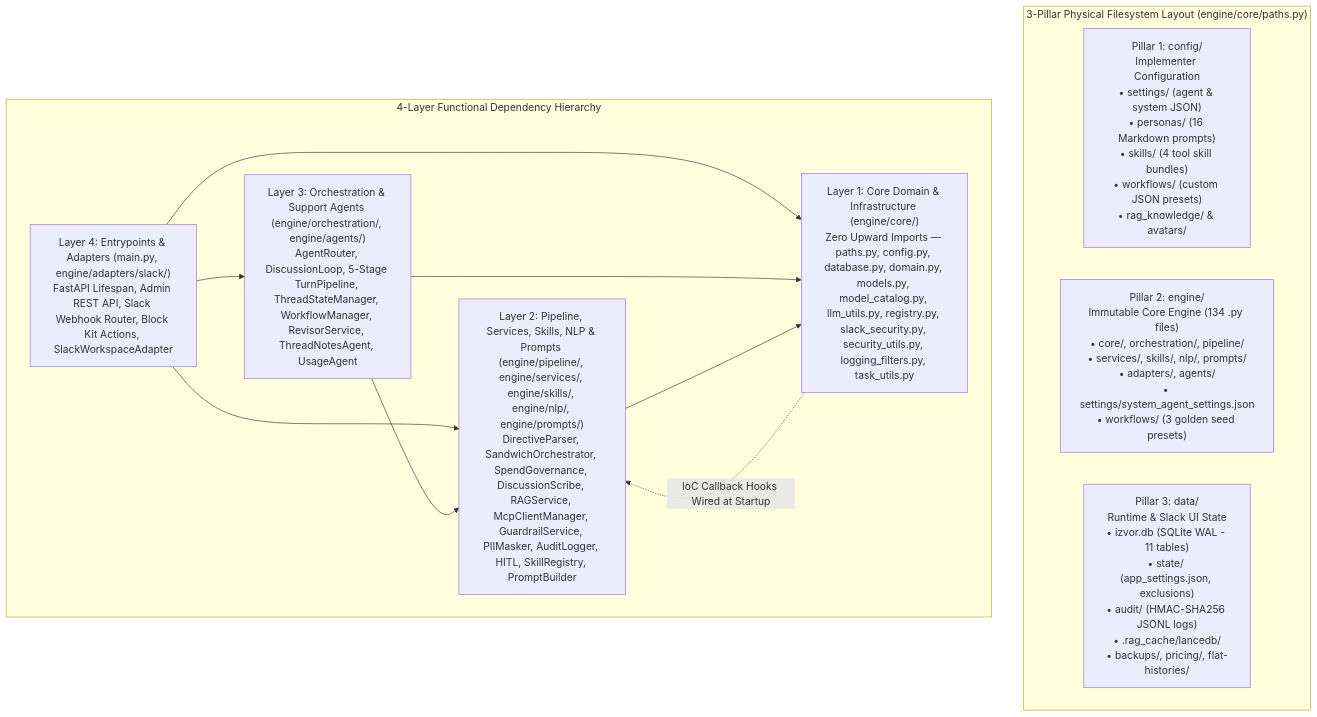
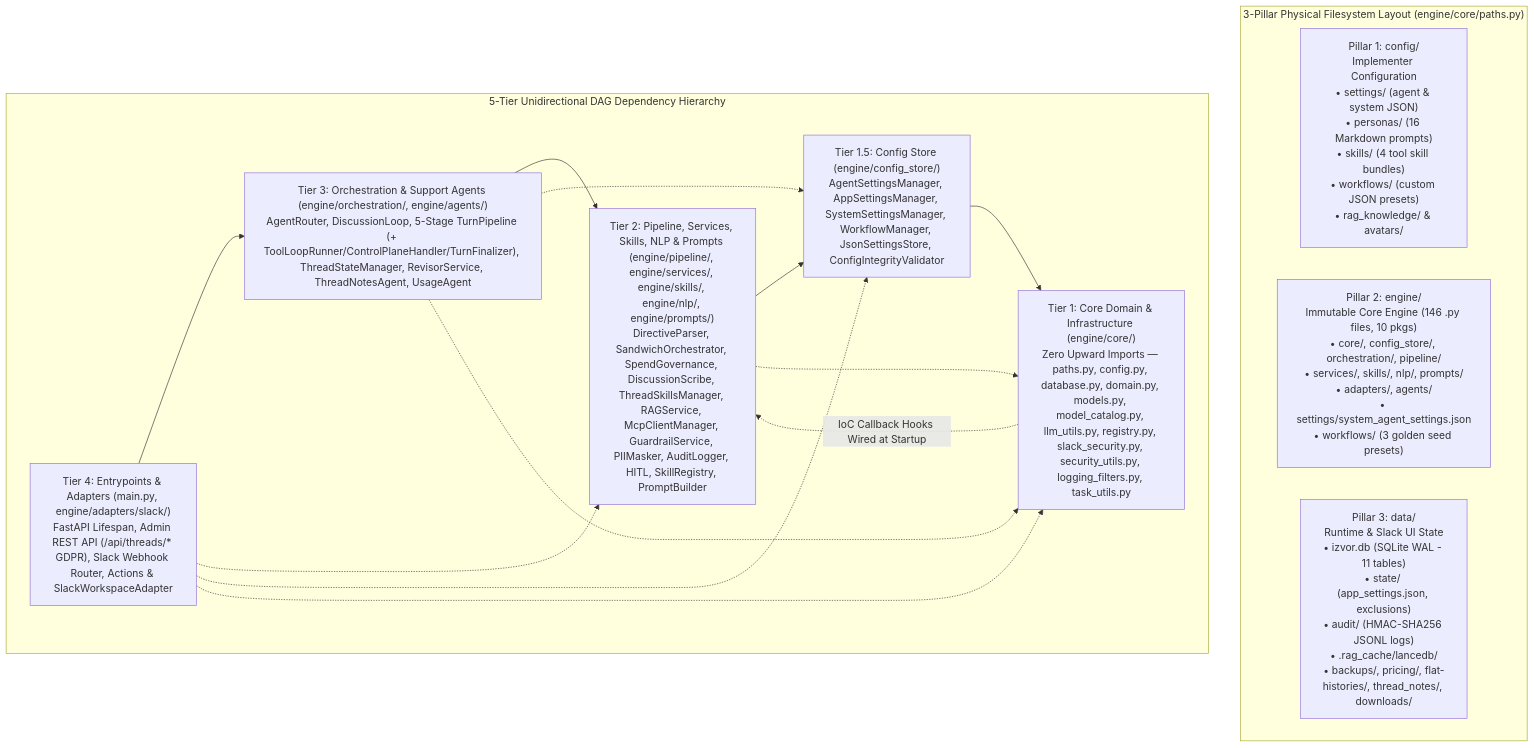
The first of 6 diagrams in docs/architecture/Izvor_System_Architecture_Comprehensive.md (BranMik/Izvor), drawn with Mermaid before and after one commit. The commit also changed other lines of this file and 26 other files, not shown here.

First line of the commit message:
docs(architecture): synchronize docs, diagrams, env template, and hygiene tests with P2 refactor

````diff
--- a/docs/architecture/Izvor_System_Architecture_Comprehensive.md
+++ b/docs/architecture/Izvor_System_Architecture_Comprehensive.md
@@ -28,24 +28,23 @@
 ```mermaid
 flowchart TD
     subgraph Pillars["3-Pillar Physical Filesystem Layout (engine/core/paths.py)"]
         direction LR
         P1["Pillar 1: config/\nImplementer Configuration\n• settings/ (agent & system JSON)\n• personas/ (16 Markdown prompts)\n• skills/ (4 tool skill bundles)\n• workflows/ (custom JSON presets)\n• rag_knowledge/ & avatars/"]
-        P2["Pillar 2: engine/\nImmutable Core Engine (134 .py files)\n• core/, orchestration/, pipeline/\n• services/, skills/, nlp/, prompts/\n• adapters/, agents/\n• settings/system_agent_settings.json\n• workflows/ (3 golden seed presets)"]
-        P3["Pillar 3: data/\nRuntime & Slack UI State\n• izvor.db (SQLite WAL - 11 tables)\n• state/ (app_settings.json, exclusions)\n• audit/ (HMAC-SHA256 JSONL logs)\n• .rag_cache/lancedb/\n• backups/, pricing/, flat-histories/"]
+        P2["Pillar 2: engine/\nImmutable Core Engine (146 .py files, 10 pkgs)\n• core/, config_store/, orchestration/, pipeline/\n• services/, skills/, nlp/, prompts/\n• adapters/, agents/\n• settings/system_agent_settings.json\n• workflows/ (3 golden seed presets)"]
+        P3["Pillar 3: data/\nRuntime & Slack UI State\n• izvor.db (SQLite WAL - 11 tables)\n• state/ (app_settings.json, exclusions)\n• audit/ (HMAC-SHA256 JSONL logs)\n• .rag_cache/lancedb/\n• backups/, pricing/, flat-histories/, thread_notes/, downloads/"]
     end
 
-    subgraph Layers["4-Layer Functional Dependency Hierarchy"]
-        L4["Layer 4: Entrypoints & Adapters (main.py, engine/adapters/slack/)\nFastAPI Lifespan, Admin REST API, Slack Webhook Router, Block Kit Actions, SlackWorkspaceAdapter"]
-        L3["Layer 3: Orchestration & Support Agents (engine/orchestration/, engine/agents/)\nAgentRouter, DiscussionLoop, 5-Stage TurnPipeline, ThreadStateManager, WorkflowManager, RevisorService, ThreadNotesAgent, UsageAgent"]
-        L2["Layer 2: Pipeline, Services, Skills, NLP & Prompts (engine/pipeline/, engine/services/, engine/skills/, engine/nlp/, engine/prompts/)\nDirectiveParser, SandwichOrchestrator, SpendGovernance, DiscussionScribe, RAGService, McpClientManager, GuardrailService, PIIMasker, AuditLogger, HITL, SkillRegistry, PromptBuilder"]
-        L1["Layer 1: Core Domain & Infrastructure (engine/core/)\nZero Upward Imports — paths.py, config.py, database.py, domain.py, models.py, model_catalog.py, llm_utils.py, registry.py, slack_security.py, security_utils.py, logging_filters.py, task_utils.py"]
+    subgraph Layers["5-Tier Unidirectional DAG Dependency Hierarchy"]
+        L4["Tier 4: Entrypoints & Adapters (main.py, engine/adapters/slack/)\nFastAPI Lifespan, Admin REST API (/api/threads/* GDPR), Slack Webhook Router, Actions & SlackWorkspaceAdapter"]
+        L3["Tier 3: Orchestration & Support Agents (engine/orchestration/, engine/agents/)\nAgentRouter, DiscussionLoop, 5-Stage TurnPipeline (+ ToolLoopRunner/ControlPlaneHandler/TurnFinalizer), ThreadStateManager, RevisorService, ThreadNotesAgent, UsageAgent"]
+        L2["Tier 2: Pipeline, Services, Skills, NLP & Prompts (engine/pipeline/, engine/services/, engine/skills/, engine/nlp/, engine/prompts/)\nDirectiveParser, SandwichOrchestrator, SpendGovernance, DiscussionScribe, ThreadSkillsManager, RAGService, McpClientManager, GuardrailService, PIIMasker, AuditLogger, HITL, SkillRegistry, PromptBuilder"]
+        L15["Tier 1.5: Config Store (engine/config_store/)\nAgentSettingsManager, AppSettingsManager, SystemSettingsManager, WorkflowManager, JsonSettingsStore, ConfigIntegrityValidator"]
+        L1["Tier 1: Core Domain & Infrastructure (engine/core/)\nZero Upward Imports — paths.py, config.py, database.py, domain.py, models.py, model_catalog.py, llm_utils.py, registry.py, slack_security.py, security_utils.py, logging_filters.py, task_utils.py"]
 
-        L4 --> L3
-        L4 --> L2
-        L4 --> L1
-        L3 --> L2
-        L3 --> L1
-        L2 --> L1
+        L4 --> L3 --> L2 --> L15 --> L1
+        L4 -.-> L2 & L15 & L1
+        L3 -.-> L15 & L1
+        L2 -.-> L1
         L1 -.->|"IoC Callback Hooks Wired at Startup"| L2
     end
 ```
````
